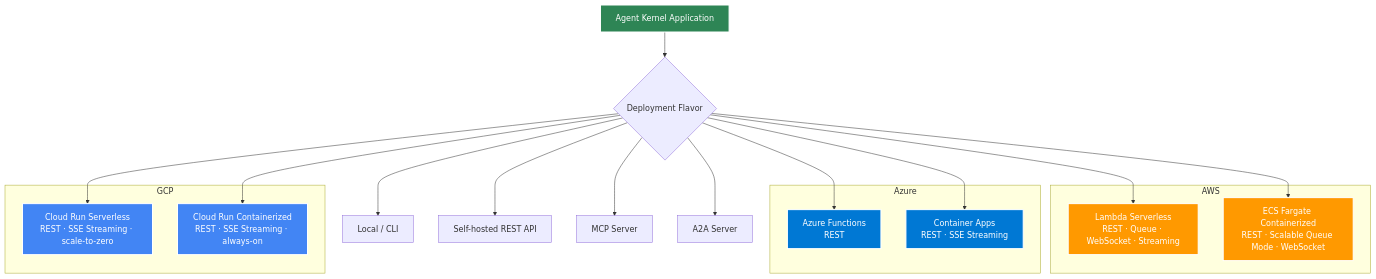
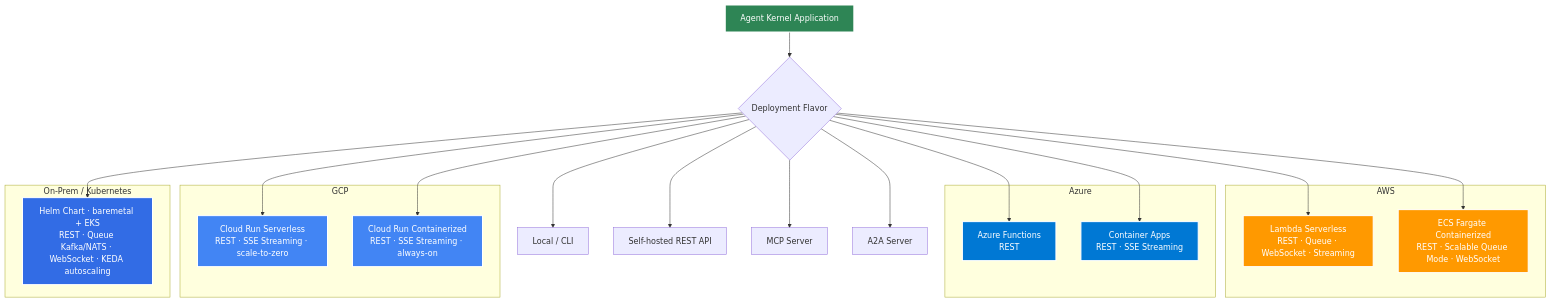
One commit to yaalalabs/agent-kernel changed the first of 2 diagrams in docs/docs/deployment/overview.md. Above: the diagram before and after it, drawn with Mermaid. The commit also changed other lines of this file and 16 other files, not shown here.

First line of the commit message:
feat: add On-Prem / Kubernetes deployment support with Helm chart

````diff
--- a/docs/docs/deployment/overview.md
+++ b/docs/docs/deployment/overview.md
@@ -11,38 +11,44 @@
 ```mermaid
 graph TB
     A[Agent Kernel Application] --> B{Deployment Flavor}
     B --> C[Local / CLI]
     B --> D[Self-hosted REST API]
     B --> K[MCP Server]
     B --> L[A2A Server]
 
     subgraph AWS["AWS"]
         E[Lambda Serverless<br/>REST · Queue · WebSocket · Streaming]
         F[ECS Fargate Containerized<br/>REST · Scalable Queue Mode · WebSocket]
     end
 
     subgraph AZ["Azure"]
         G[Azure Functions<br/>REST]
         H[Container Apps<br/>REST · SSE Streaming]
     end
 
     subgraph GCP["GCP"]
         I[Cloud Run Serverless<br/>REST · SSE Streaming · scale-to-zero]
         J[Cloud Run Containerized<br/>REST · SSE Streaming · always-on]
     end
 
+    subgraph K8S["On-Prem / Kubernetes"]
+        M[Helm Chart · baremetal + EKS<br/>REST · Queue Kafka/NATS · WebSocket · KEDA autoscaling]
+    end
+
     B --> E
     B --> F
     B --> G
     B --> H
     B --> I
     B --> J
+    B --> M
 
     style A fill:#2e8555,stroke:#fff,stroke-width:2px,color:#fff
     style E fill:#FF9900,stroke:#fff,stroke-width:2px,color:#fff
     style F fill:#FF9900,stroke:#fff,stroke-width:2px,color:#fff
     style G fill:#0078D4,stroke:#fff,stroke-width:2px,color:#fff
     style H fill:#0078D4,stroke:#fff,stroke-width:2px,color:#fff
     style I fill:#4285F4,stroke:#fff,stroke-width:2px,color:#fff
     style J fill:#4285F4,stroke:#fff,stroke-width:2px,color:#fff
+    style M fill:#326CE5,stroke:#fff,stroke-width:2px,color:#fff
 ```
````
